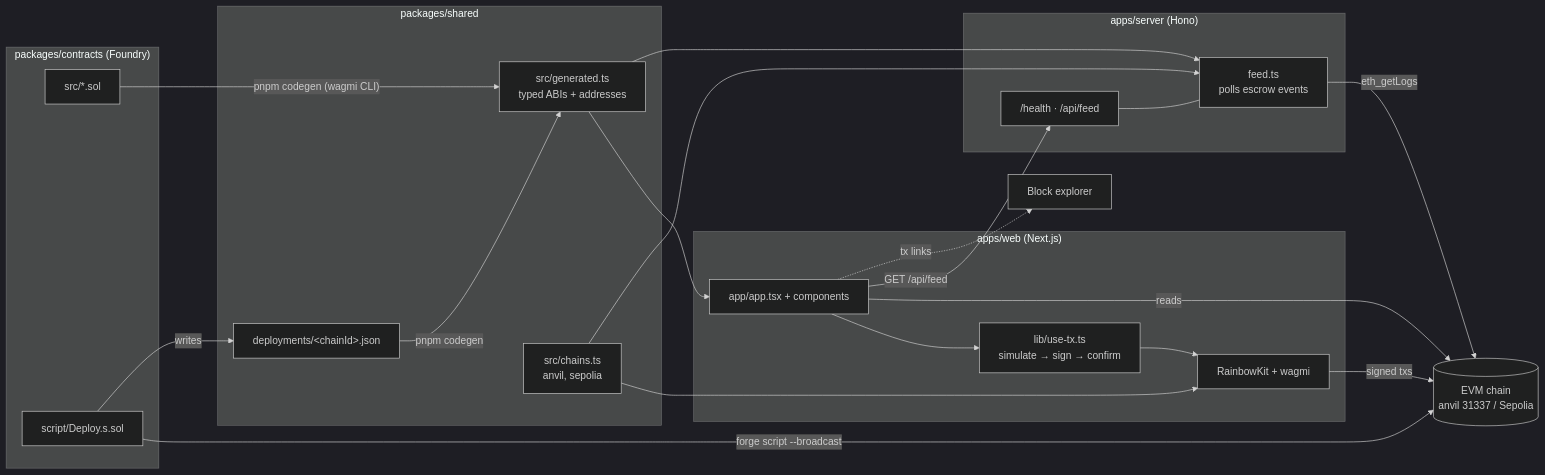
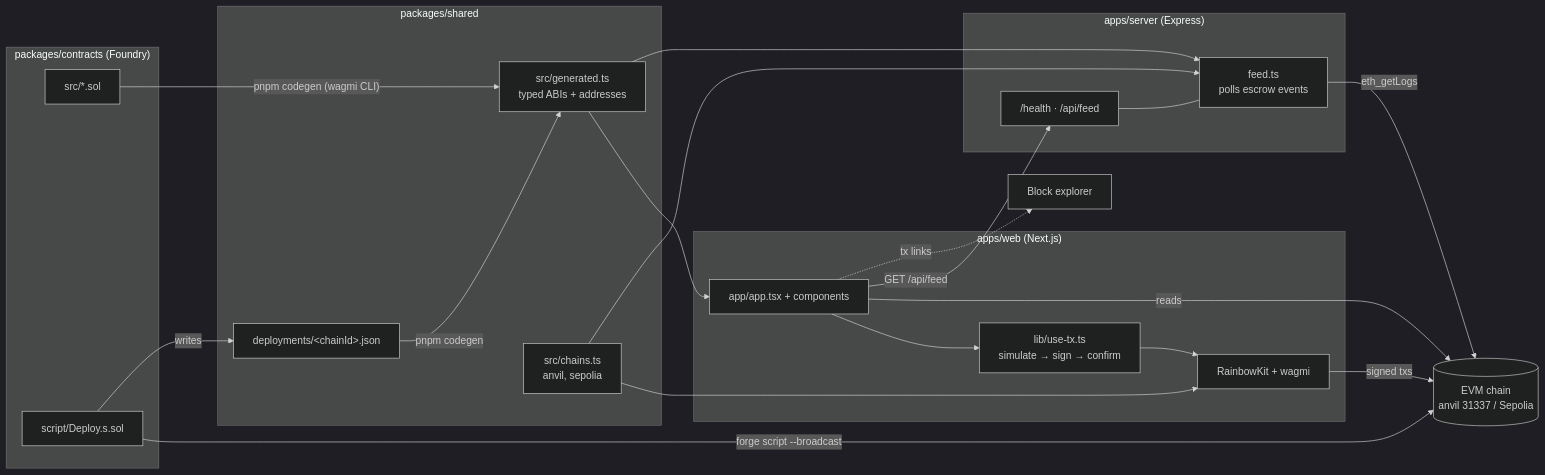
One commit to Evilstein-debug/eth-starter changed the diagram in docs/ARCHITECTURE.md. Above: the diagram before and after it, drawn with Mermaid (dark theme). The commit also changed other lines of this file and 6 other files, not shown here.

Commit message:
chore: replace Hono with Express in server

````diff
--- a/docs/ARCHITECTURE.md
+++ b/docs/ARCHITECTURE.md
@@ -6,44 +5,44 @@
 ```mermaid
 flowchart LR
   subgraph contracts["packages/contracts (Foundry)"]
     SOL["src/*.sol"]
     DEPLOY["script/Deploy.s.sol"]
   end
 
   subgraph shared["packages/shared"]
     DEPS["deployments/&lt;chainId&gt;.json"]
     GEN["src/generated.ts<br/>typed ABIs + addresses"]
     CHAINS["src/chains.ts<br/>anvil, sepolia"]
   end
 
   subgraph web["apps/web (Next.js)"]
     APP["app/app.tsx + components"]
     TX["lib/use-tx.ts<br/>simulate → sign → confirm"]
     WALLET["RainbowKit + wagmi"]
   end
 
-  subgraph server["apps/server (Hono)"]
+  subgraph server["apps/server (Express)"]
     API["/health · /api/feed"]
     FEED["feed.ts<br/>polls escrow events"]
   end
 
   CHAIN[("EVM chain<br/>anvil 31337 / Sepolia")]
   EXPLORER["Block explorer"]
 
   DEPLOY -- "forge script --broadcast" --> CHAIN
   DEPLOY -- writes --> DEPS
   SOL -- "pnpm codegen (wagmi CLI)" --> GEN
   DEPS -- "pnpm codegen" --> GEN
 
   GEN --> APP
   GEN --> FEED
   CHAINS --> WALLET
   CHAINS --> FEED
 
   APP --> TX --> WALLET -- "signed txs" --> CHAIN
   APP -- "reads" --> CHAIN
   FEED -- "eth_getLogs" --> CHAIN
   APP -- "GET /api/feed" --> API
   API --- FEED
   APP -. "tx links" .-> EXPLORER
 ```
````
